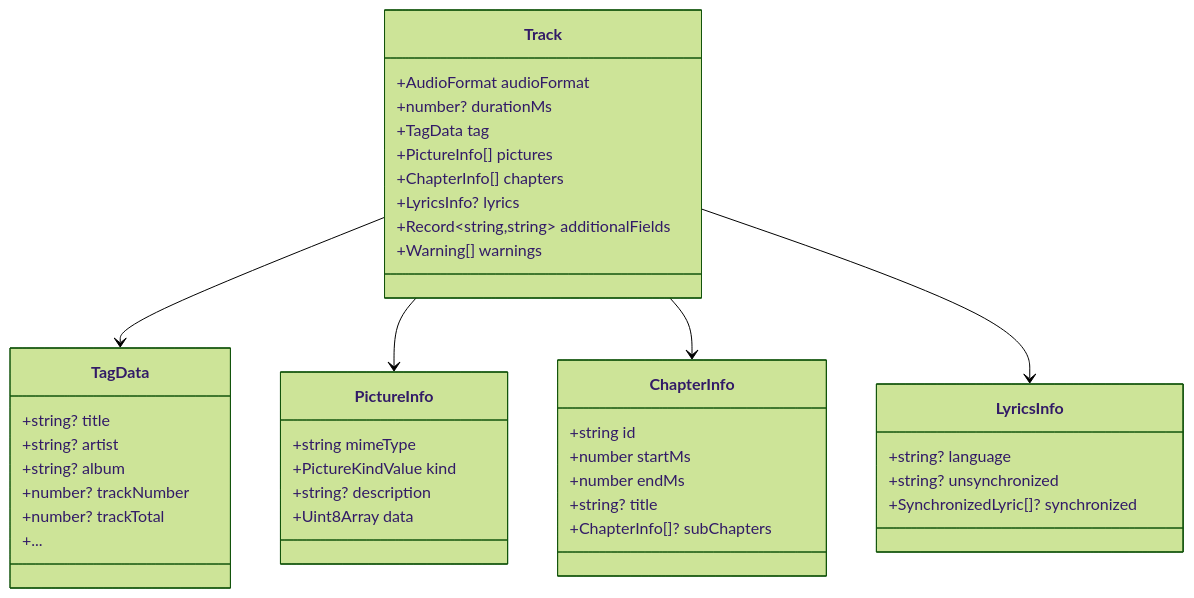
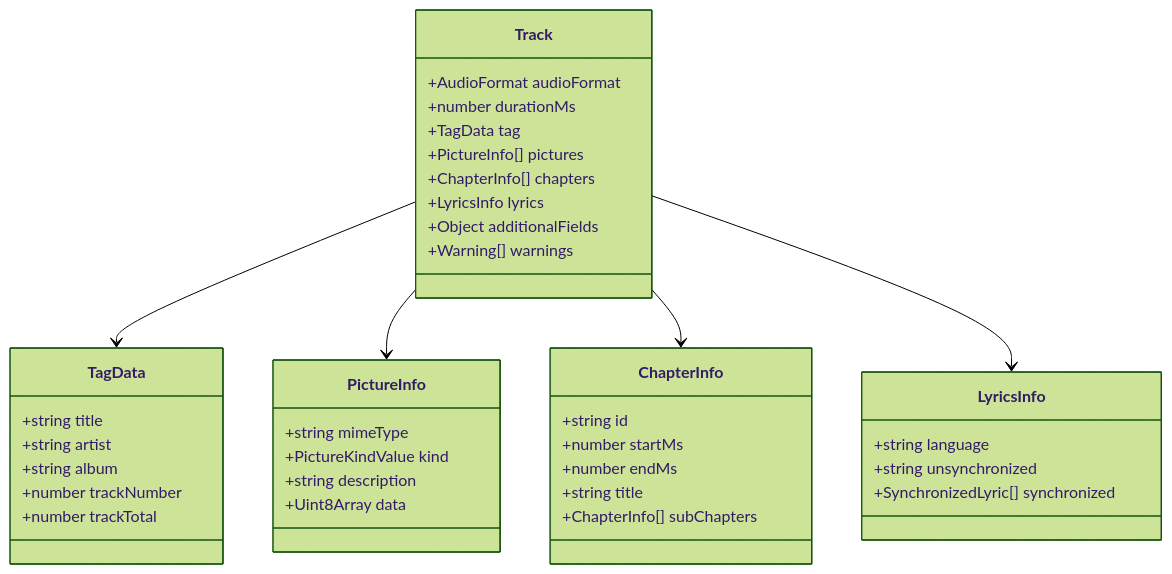
Before and after one commit to akabekobeko/npm-music-metadata-editor: the third of 5 diagrams in docs/pkg/core/architecture.md, drawn with Mermaid (forest theme). The commit also changed other lines of this file and 2 other files, not shown here.

First line of the commit message:
docs(multiple): fix mermaid diagram rendering on GitHub (#33)

````diff
--- a/docs/pkg/core/architecture.md
+++ b/docs/pkg/core/architecture.md
@@ -125,43 +101,42 @@
 ```mermaid
 classDiagram
     class Track {
       +AudioFormat audioFormat
-      +number? durationMs
+      +number durationMs
       +TagData tag
       +PictureInfo[] pictures
       +ChapterInfo[] chapters
-      +LyricsInfo? lyrics
-      +Record~string,string~ additionalFields
+      +LyricsInfo lyrics
+      +Object additionalFields
       +Warning[] warnings
     }
     class TagData {
-      +string? title
-      +string? artist
-      +string? album
-      +number? trackNumber
-      +number? trackTotal
-      +...
+      +string title
+      +string artist
+      +string album
+      +number trackNumber
+      +number trackTotal
     }
     class PictureInfo {
       +string mimeType
       +PictureKindValue kind
-      +string? description
+      +string description
       +Uint8Array data
     }
     class ChapterInfo {
       +string id
       +number startMs
       +number endMs
-      +string? title
-      +ChapterInfo[]? subChapters
+      +string title
+      +ChapterInfo[] subChapters
     }
     class LyricsInfo {
-      +string? language
-      +string? unsynchronized
-      +SynchronizedLyric[]? synchronized
+      +string language
+      +string unsynchronized
+      +SynchronizedLyric[] synchronized
     }
     Track --> TagData
     Track --> PictureInfo
     Track --> ChapterInfo
     Track --> LyricsInfo
 ```
````
